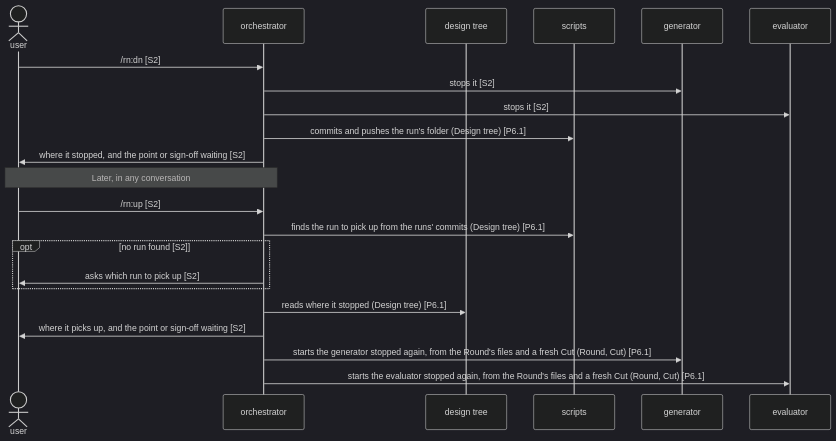
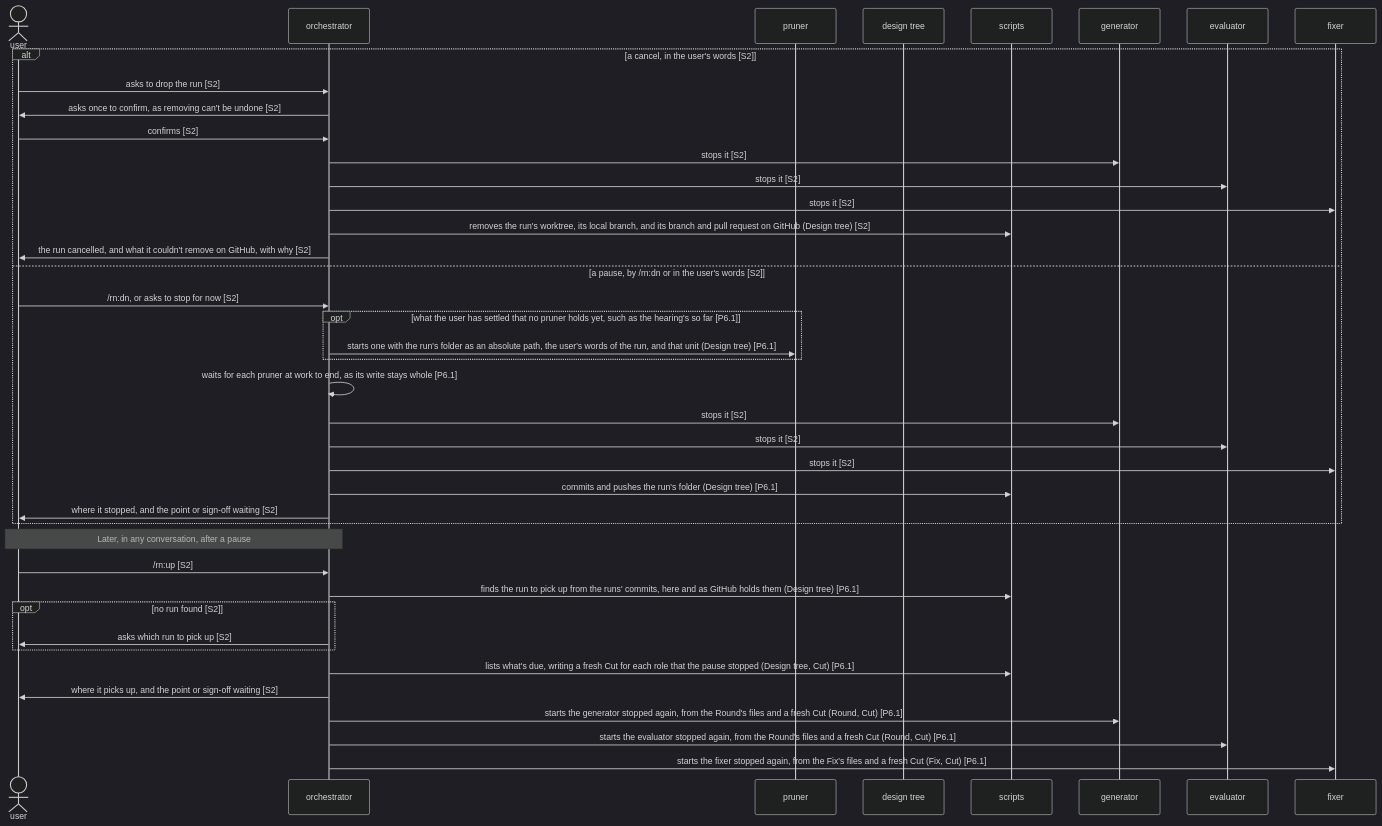
One commit to lovaizu/ccpm changed the second of 2 diagrams in dev/rn/architecture.md. Above: the diagram before and after it, drawn with Mermaid (dark theme). The commit also changed other lines of this file and 383 other files, not shown here.

Commit message:
rn 0.11.0: a pruner cuts the trivial many, a fixer mends at once, Lane is retired, and ccpm keeps only what its people need (#81)

````diff
--- a/dev/rn/architecture.md
+++ b/dev/rn/architecture.md
@@ -205,24 +385,43 @@
 ```mermaid
 sequenceDiagram
   actor U as user
   participant O as orchestrator
+  participant P as pruner
   participant T as design tree
   participant S as scripts
   participant G as generator
   participant E as evaluator
-  U->>O: /rn:dn [S2]
-  O->>G: stops it [S2]
-  O->>E: stops it [S2]
-  O->>S: commits and pushes the run's folder (Design tree) [P6.1]
-  O->>U: where it stopped, and the point or sign-off waiting [S2]
-  Note over U,O: Later, in any conversation
+  participant F as fixer
+  alt a cancel, in the user's words [S2]
+    U->>O: asks to drop the run [S2]
+    O->>U: asks once to confirm, as removing can't be undone [S2]
+    U->>O: confirms [S2]
+    O->>G: stops it [S2]
+    O->>E: stops it [S2]
+    O->>F: stops it [S2]
+    O->>S: removes the run's worktree, its local branch, and its branch and pull request on GitHub (Design tree) [S2]
+    O->>U: the run cancelled, and what it couldn't remove on GitHub, with why [S2]
+  else a pause, by /rn:dn or in the user's words [S2]
+    U->>O: /rn:dn, or asks to stop for now [S2]
+    opt what the user has settled that no pruner holds yet, such as the hearing's so far [P6.1]
+      O->>P: starts one with the run's folder as an absolute path, the user's words of the run, and that unit (Design tree) [P6.1]
+    end
+    O->>O: waits for each pruner at work to end, as its write stays whole [P6.1]
+    O->>G: stops it [S2]
+    O->>E: stops it [S2]
+    O->>F: stops it [S2]
+    O->>S: commits and pushes the run's folder (Design tree) [P6.1]
+    O->>U: where it stopped, and the point or sign-off waiting [S2]
+  end
+  Note over U,O: Later, in any conversation, after a pause
   U->>O: /rn:up [S2]
-  O->>S: finds the run to pick up from the runs' commits (Design tree) [P6.1]
+  O->>S: finds the run to pick up from the runs' commits, here and as GitHub holds them (Design tree) [P6.1]
   opt no run found [S2]
     O->>U: asks which run to pick up [S2]
   end
-  O->>T: reads where it stopped (Design tree) [P6.1]
+  O->>S: lists what's due, writing a fresh Cut for each role that the pause stopped (Design tree, Cut) [P6.1]
   O->>U: where it picks up, and the point or sign-off waiting [S2]
   O->>G: starts the generator stopped again, from the Round's files and a fresh Cut (Round, Cut) [P6.1]
   O->>E: starts the evaluator stopped again, from the Round's files and a fresh Cut (Round, Cut) [P6.1]
+  O->>F: starts the fixer stopped again, from the Fix's files and a fresh Cut (Fix, Cut) [P6.1]
 ```
````
